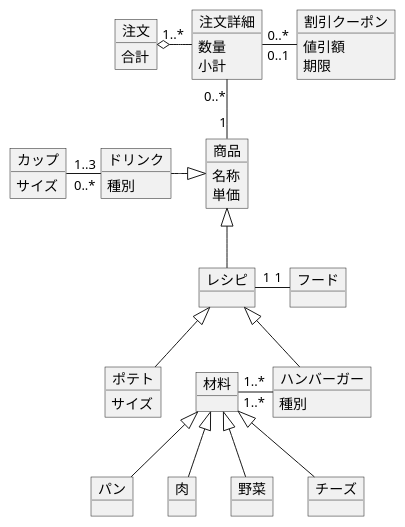
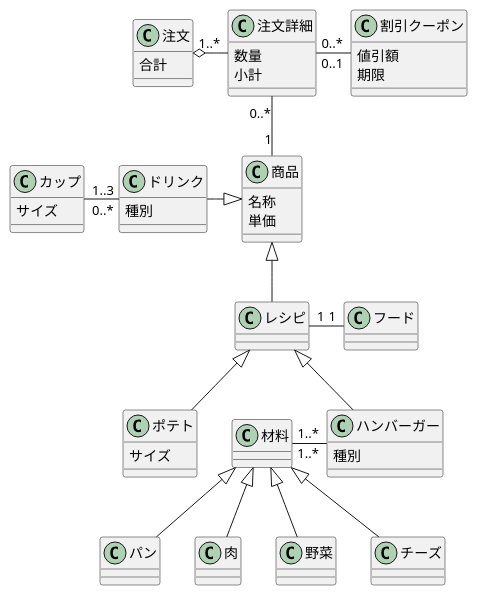
One commit to syutamorijyobi/uml-introduction changed the diagram in 演習7-4-1_CL_ハンバーガーショップ.pu. Above: the diagram before and after it, drawn with PlantUML.

Commit message:
課題７－４の修正

```diff
--- a/演習7-4-1_CL_ハンバーガーショップ.pu
+++ b/演習7-4-1_CL_ハンバーガーショップ.pu
@@ -1,57 +1,57 @@
 @startuml
-object 注文{
+class 注文{
     合計
 }
-object 注文詳細{
+class 注文詳細{
     数量
     小計
 }
-object 割引クーポン{
+class 割引クーポン{
 値引額
 期限
 }
-object 商品{
+class 商品{
     名称
     単価
 }
-object ドリンク{
+class ドリンク{
     種別
 }
-object カップ{
+class カップ{
     サイズ
 }
-object フード{
+class フード{
 }
-object レシピ{
+class レシピ{
 }
-object 材料 {
+class 材料 {
 }
-object ハンバーガー{
+class ハンバーガー{
     種別
 }
-object ポテト{
+class ポテト{
     サイズ
 }
-object パン{
+class パン{
 }
-object 肉{
+class 肉{
 }
-object 野菜{
+class 野菜{
 }
-object チーズ{
+class チーズ{
 }
 パン -up-|>材料
 肉 -up-|>材料
 野菜 -up-|>材料
 チーズ -up-|>材料
 材料 "1..*"-right-"1..*"ハンバーガー
 ハンバーガー -up-|>レシピ
 ポテト-up-|>レシピ
 レシピ "1"-right-"1" フード
 レシピ -up-|>商品
 カップ "1..3"-right-"0..*"ドリンク
 ドリンク -right-|>商品
 商品 "1"-up-"0..*"注文詳細
 注文詳細 "0..*"-right-"0..1"割引クーポン
 注文 "1..*" o-right- 注文詳細
 @enduml
```
